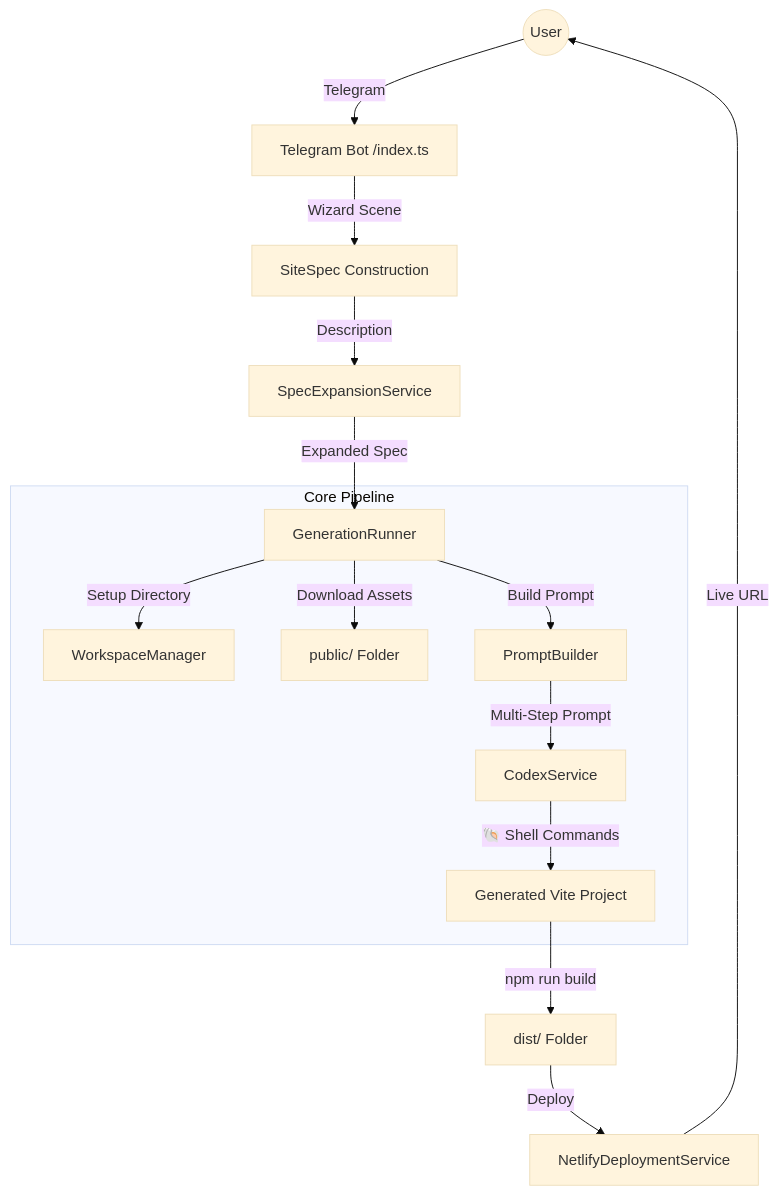
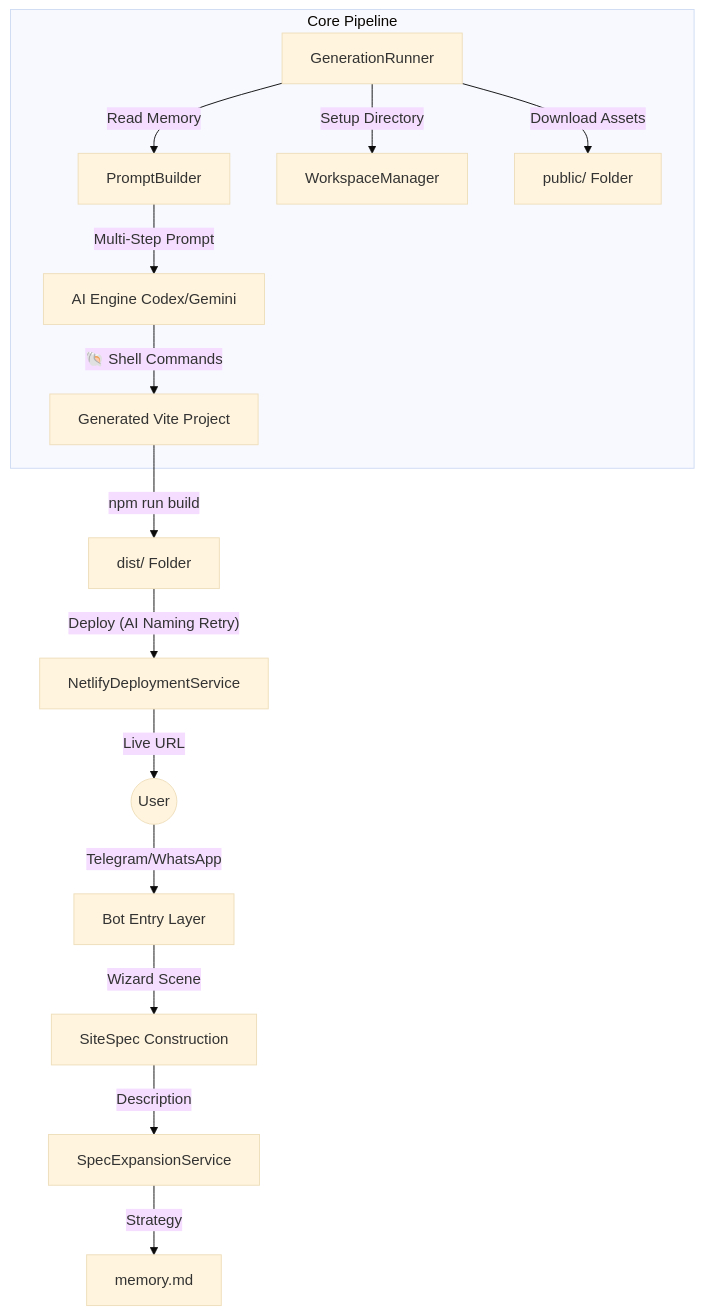
Before and after one commit to prabinpant/chat2site: the diagram in ARCHITECTURE.md, drawn with Mermaid (base theme). The commit also changed other lines of this file and 2 other files, not shown here.

Commit message:
feat: implement memory-driven architecture, multi-platform support, and DNS reliability improvements

````diff
--- a/ARCHITECTURE.md
+++ b/ARCHITECTURE.md
@@ -7,19 +7,19 @@
 ```mermaid
 graph TD
-    User((User)) -- Telegram --> Bot[Telegram Bot /index.ts]
+    User((User)) -- Telegram/WhatsApp --> Bot[Bot Entry Layer]
     Bot -- Wizard Scene --> Spec[SiteSpec Construction]
     Spec -- Description --> Expander[SpecExpansionService]
-    Expander -- Expanded Spec --> Runner[GenerationRunner]
+    Expander -- Strategy --> Memory[memory.md]
     
     subgraph "Core Pipeline"
+        Runner[GenerationRunner] -- Read Memory --> PB[PromptBuilder]
         Runner -- Setup Directory --> WM[WorkspaceManager]
         Runner -- Download Assets --> Assets[public/ Folder]
-        Runner -- Build Prompt --> PB[PromptBuilder]
-        PB -- Multi-Step Prompt --> Codex[CodexService]
-        Codex -- 🐚 Shell Commands --> Project[Generated Vite Project]
+        PB -- Multi-Step Prompt --> AI[AI Engine Codex/Gemini]
+        AI -- 🐚 Shell Commands --> Project[Generated Vite Project]
     end
     
     Project -- npm run build --> Dist[dist/ Folder]
-    Dist -- Deploy --> Netlify[NetlifyDeploymentService]
+    Dist -- Deploy (AI Naming Retry) --> Netlify[NetlifyDeploymentService]
     Netlify -- Live URL --> User
 ```
````
